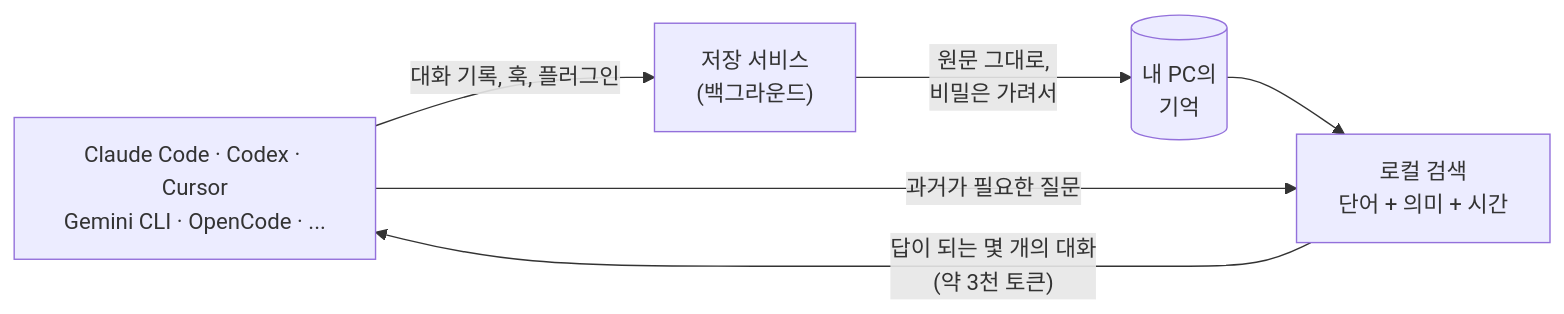
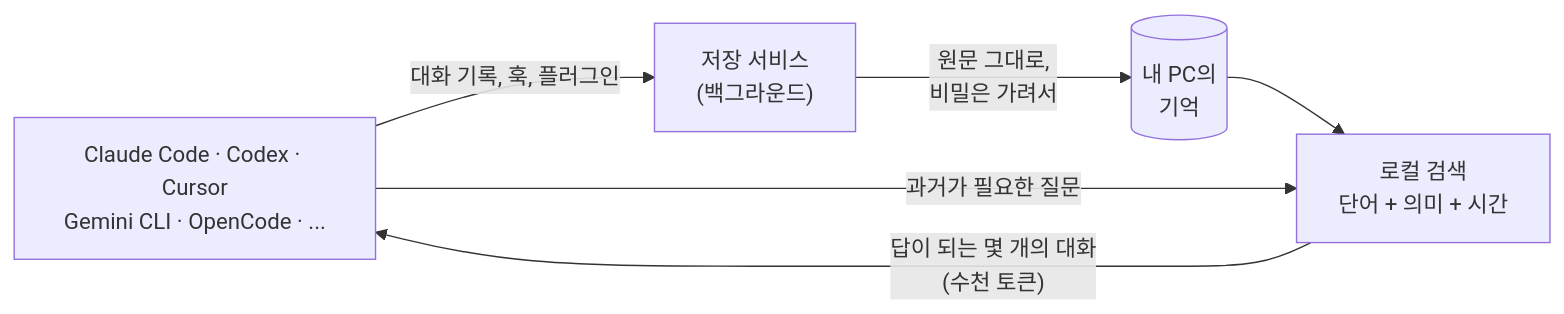
One commit to goyohan0611-png/graph-mind changed the diagram in README.ko.md. Above: the diagram before and after it, drawn with Mermaid. The commit also changed other lines of this file and 34 other files, not shown here.

````diff
--- a/README.ko.md
+++ b/README.ko.md
@@ -121,8 +122,8 @@
 ```mermaid
 flowchart LR
     A["Claude Code · Codex · Cursor<br/>Gemini CLI · OpenCode · ..."] -- "대화 기록, 훅, 플러그인" --> C["저장 서비스<br/>(백그라운드)"]
     C -- "원문 그대로,<br/>비밀은 가려서" --> S[("내 PC의<br/>기억")]
     S --> I["로컬 검색<br/>단어 + 의미 + 시간"]
     A -- "과거가 필요한 질문" --> I
-    I -- "답이 되는 몇 개의 대화<br/>(약 3천 토큰)" --> A
+    I -- "답이 되는 몇 개의 대화<br/>(수천 토큰)" --> A
 ```
````
